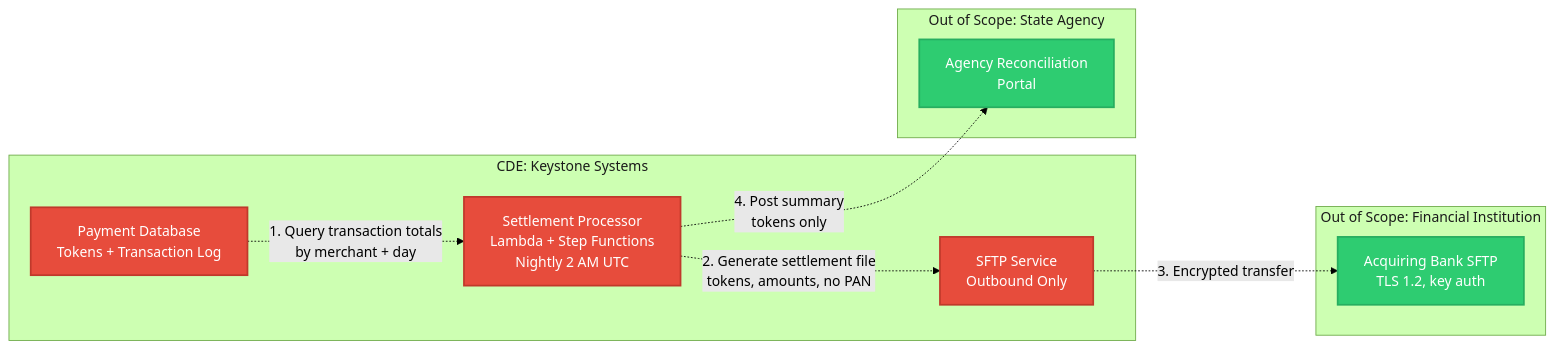
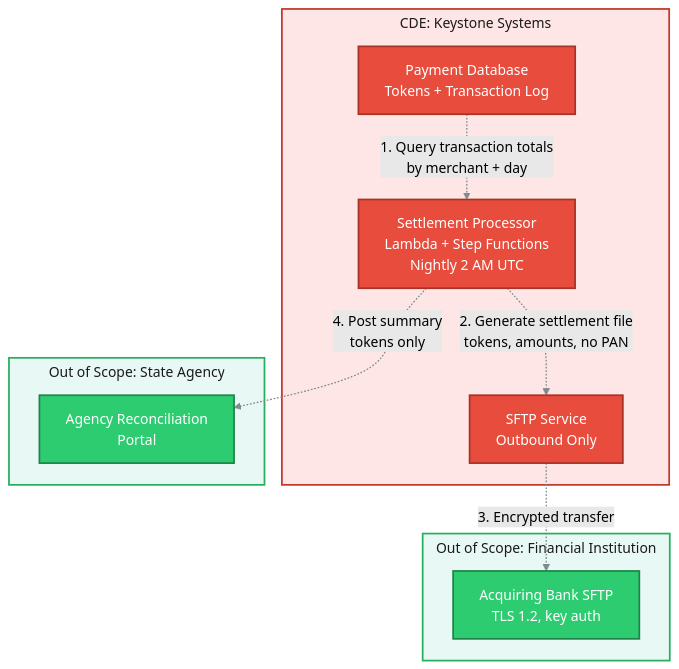
One commit to Josephkamara/audit-defense-portfolio changed the second of 3 diagrams in projects/payment-processor-compliance-program/01-scoping/cardholder-data-flow.md. Above: the diagram before and after it, drawn with Mermaid (forest theme). The commit also changed other lines of this file, not shown here.

Commit message:
Final validated data flow diagrams

````diff
--- a/projects/payment-processor-compliance-program/01-scoping/cardholder-data-flow.md
+++ b/projects/payment-processor-compliance-program/01-scoping/cardholder-data-flow.md
@@ -89,37 +78,29 @@
 ```mermaid
-graph LR
+%%{init: {"flowchart": {"subGraphTitleMargin": {"top": 4, "bottom": 14}}}}%%
+flowchart TB
     subgraph cde2["CDE: Keystone Systems"]
         A["Payment Database<br/>Tokens + Transaction Log"]
         B["Settlement Processor<br/>Lambda + Step Functions<br/>Nightly 2 AM UTC"]
         C["SFTP Service<br/>Outbound Only"]
     end
-    
     subgraph bank2["Out of Scope: Financial Institution"]
         D["Acquiring Bank SFTP<br/>TLS 1.2, key auth"]
     end
-    
     subgraph agency2["Out of Scope: State Agency"]
         E["Agency Reconciliation<br/>Portal"]
     end
-    
+
     A -.->|"1. Query transaction totals<br/>by merchant + day"| B
     B -.->|"2. Generate settlement file<br/>tokens, amounts, no PAN"| C
     C -.->|"3. Encrypted transfer"| D
     B -.->|"4. Post summary<br/>tokens only"| E
-    
-    classDef cdeNode fill:#e74c3c,stroke:#c0392b,stroke-width:2px,color:#fff
-    classDef outOfScopeNode fill:#2ecc71,stroke:#27ae60,stroke-width:2px,color:#fff
-    
+
+    linkStyle 0,1,2,3 stroke:#7f8c8d,stroke-width:1.5px
+    classDef cdeNode fill:#e74c3c,stroke:#a93226,stroke-width:2px,color:#ffffff
+    classDef oosNode fill:#2ecc71,stroke:#1e8449,stroke-width:2px,color:#ffffff
     class A,B,C cdeNode
-    class D,E outOfScopeNode
-    
-    classDef cdeSubgraph fill:#ffe6e6,stroke:#c0392b,stroke-width:3px
-    classDef outOfScopeSubgraph fill:#e8f8f5,stroke:#27ae60,stroke-width:3px
-    
-    class cde2 cdeSubgraph
-    class bank2,agency2 outOfScopeSubgraph
-    
-    style cde2 color:#1a1a1a
-    style bank2 color:#1a1a1a
-    style agency2 color:#1a1a1a
+    class D,E oosNode
+    style cde2 fill:#ffe6e6,stroke:#c0392b,stroke-width:2px,color:#1a1a1a
+    style bank2 fill:#e8f8f5,stroke:#27ae60,stroke-width:2px,color:#1a1a1a
+    style agency2 fill:#e8f8f5,stroke:#27ae60,stroke-width:2px,color:#1a1a1a
 ```
````
